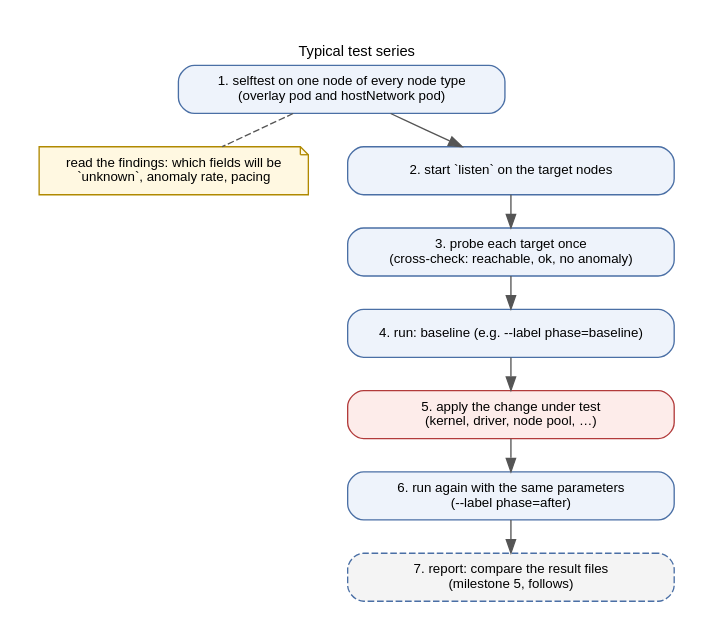
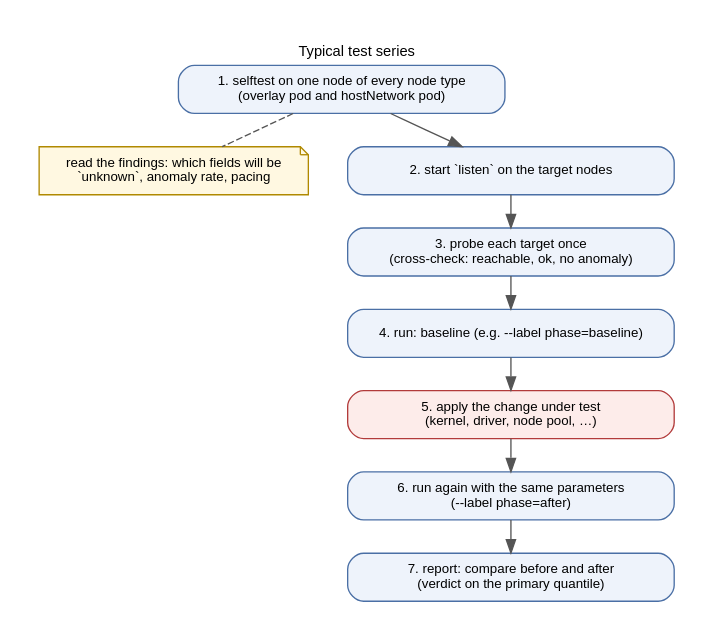
The diagram in docs/user/diagrams/workflow.dot (git001/k8s-netmeasure-rs), drawn with Graphviz before and after one commit. The commit also changed 21 other files, not shown here.

First line of the commit message:
Add report: sequential before/after comparison with the factor kernel

```diff
--- a/docs/user/diagrams/workflow.dot
+++ b/docs/user/diagrams/workflow.dot
@@ -1,19 +1,19 @@
 // The recommended order of steps for a test series.
 digraph workflow {
   graph [rankdir=TB, fontname="Helvetica", fontsize=11, nodesep=0.4, ranksep=0.35, pad=0.3,
          label="Typical test series", labelloc=t];
   node  [shape=box, style="rounded,filled", fontname="Helvetica", fontsize=10, fillcolor="#eef3fb", color="#4a6fa5", width=3.4];
   edge  [fontname="Helvetica", fontsize=9, color="#555555"];
 
   selftest [label="1. selftest on one node of every node type\n(overlay pod and hostNetwork pod)"];
   findings [label="read the findings: which fields will be\n`unknown`, anomaly rate, pacing", shape=note, fillcolor="#fff8e1", color="#b08900", width=2.8];
   listen   [label="2. start `listen` on the target nodes"];
   probe    [label="3. probe each target once\n(cross-check: reachable, ok, no anomaly)"];
   run      [label="4. run: baseline (e.g. --label phase=baseline)"];
   change   [label="5. apply the change under test\n(kernel, driver, node pool, …)", fillcolor="#fdecea", color="#b23b3b"];
   run2     [label="6. run again with the same parameters\n(--label phase=after)"];
-  report   [label="7. report: compare the result files\n(milestone 5, follows)", style="rounded,dashed,filled", fillcolor="#f4f4f4"];
+  report   [label="7. report: compare before and after\n(verdict on the primary quantile)"];
 
   selftest -> findings [style=dashed, arrowhead=none];
   selftest -> listen -> probe -> run -> change -> run2 -> report;
 }
```
